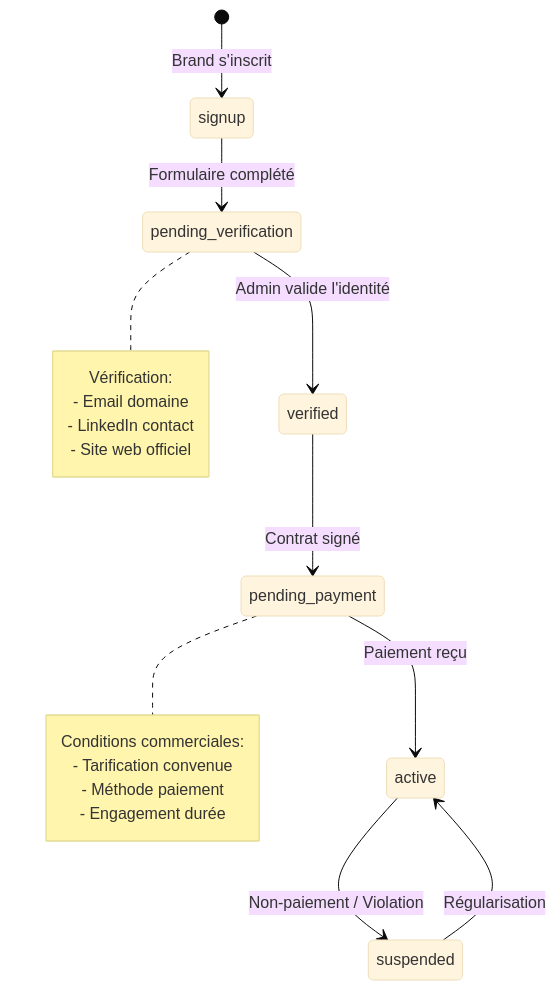
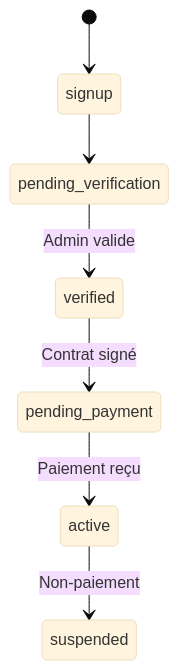
One commit to LoulouBlue75/tailor_shift_v7 changed the third of 3 diagrams in docs/PRODUCT_ROADMAP_V8.md. Above: the diagram before and after it, drawn with Mermaid (base theme). The commit also changed other lines of this file and 8 other files, not shown here.

````diff
--- a/docs/PRODUCT_ROADMAP_V8.md
+++ b/docs/PRODUCT_ROADMAP_V8.md
@@ -605,24 +347,9 @@
 ```mermaid
 stateDiagram-v2
-    [*] --> signup: Brand s'inscrit
-    signup --> pending_verification: Formulaire complété
-    pending_verification --> verified: Admin valide l'identité
+    [*] --> signup
+    signup --> pending_verification
+    pending_verification --> verified: Admin valide
     verified --> pending_payment: Contrat signé
     pending_payment --> active: Paiement reçu
-    active --> suspended: Non-paiement / Violation
-    suspended --> active: Régularisation
-    
-    note right of pending_verification
-        Vérification:
-        - Email domaine
-        - LinkedIn contact
-        - Site web officiel
-    end note
-    
-    note right of pending_payment
-        Conditions commerciales:
-        - Tarification convenue
-        - Méthode paiement
-        - Engagement durée
-    end note
+    active --> suspended: Non-paiement
 ```
````
